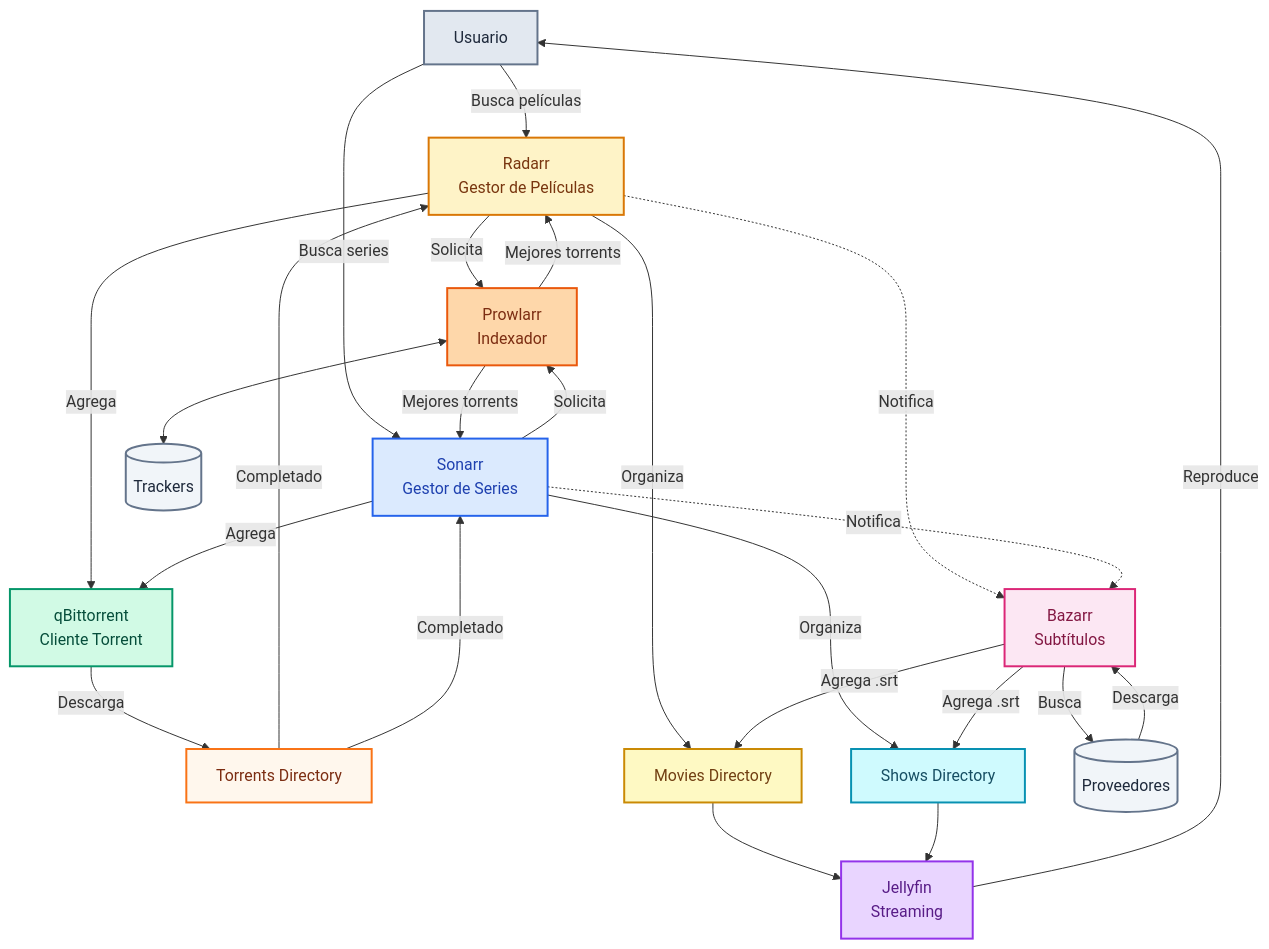
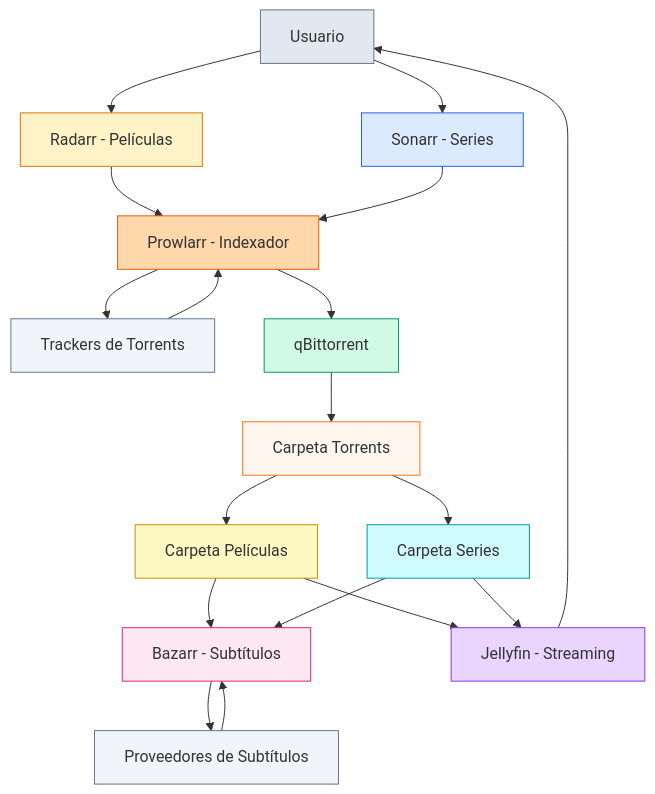
Before and after one commit to Rodrigo-Flores/HomeServer: the diagram in README.md, drawn with Mermaid.

Commit message:
docs(mermaid): :memo: Refactor flowchart in README.md for clarity and improved structure

````diff
--- a/README.md
+++ b/README.md
@@ -120,56 +120,42 @@
 ```mermaid
 graph TD
-    %% Usuario
-    User[Usuario]
+    User[Usuario] --> Radarr[Radarr - Películas]
+    User --> Sonarr[Sonarr - Series]
     
-    %% Capa de Gestión
-    User -->|Busca películas| Radarr[Radarr<br/>Gestor de Películas]
-    User -->|Busca series| Sonarr[Sonarr<br/>Gestor de Series]
+    Radarr --> Prowlarr[Prowlarr - Indexador]
+    Sonarr --> Prowlarr
     
-    %% Capa de Indexación
-    Radarr -->|Solicita| Prowlarr[Prowlarr<br/>Indexador]
-    Sonarr -->|Solicita| Prowlarr
-    Prowlarr <-->| | Trackers[(Trackers)]
+    Prowlarr --> Trackers[Trackers de Torrents]
+    Trackers --> Prowlarr
     
-    %% Capa de Descarga
-    Prowlarr -->|Mejores torrents| Radarr
-    Prowlarr -->|Mejores torrents| Sonarr
-    Radarr -->|Agrega| qBittorrent[qBittorrent<br/>Cliente Torrent]
-    Sonarr -->|Agrega| qBittorrent
+    Prowlarr --> qBittorrent[qBittorrent]
     
-    %% Almacenamiento
-    qBittorrent -->|Descarga| Torrents[Torrents Directory]
+    qBittorrent --> Torrents[Carpeta Torrents]
     
-    %% Organización
-    Torrents -->|Completado| Radarr
-    Torrents -->|Completado| Sonarr
-    Radarr -->|Organiza| Movies[Movies Directory]
-    Sonarr -->|Organiza| Shows[Shows Directory]
+    Torrents --> Movies[Carpeta Películas]
+    Torrents --> Shows[Carpeta Series]
     
-    %% Subtítulos
-    Radarr -.->|Notifica| Bazarr[Bazarr<br/>Subtítulos]
-    Sonarr -.->|Notifica| Bazarr
-    Bazarr -->|Busca| SubProviders[(Proveedores)]
-    SubProviders -->|Descarga| Bazarr
-    Bazarr -->|Agrega .srt| Movies
-    Bazarr -->|Agrega .srt| Shows
+    Movies --> Bazarr[Bazarr - Subtítulos]
+    Shows --> Bazarr
     
-    %% Reproducción
-    Movies --> Jellyfin[Jellyfin<br/>Streaming]
+    Bazarr --> SubProviders[Proveedores de Subtítulos]
+    SubProviders --> Bazarr
+    
+    Movies --> Jellyfin[Jellyfin - Streaming]
     Shows --> Jellyfin
-    Jellyfin -->|Reproduce| User
     
-    %% Estilos
-    style User fill:#e2e8f0,stroke:#64748b,stroke-width:2px,color:#1e293b
-    style Radarr fill:#fef3c7,stroke:#d97706,stroke-width:2px,color:#78350f
-    style Sonarr fill:#dbeafe,stroke:#2563eb,stroke-width:2px,color:#1e40af
-    style Prowlarr fill:#fed7aa,stroke:#ea580c,stroke-width:2px,color:#7c2d12
-    style qBittorrent fill:#d1fae5,stroke:#059669,stroke-width:2px,color:#064e3b
-    style Bazarr fill:#fce7f3,stroke:#db2777,stroke-width:2px,color:#831843
-    style Jellyfin fill:#e9d5ff,stroke:#9333ea,stroke-width:2px,color:#581c87
-    style Trackers fill:#f1f5f9,stroke:#64748b,stroke-width:2px,color:#1e293b
-    style SubProviders fill:#f1f5f9,stroke:#64748b,stroke-width:2px,color:#1e293b
-    style Torrents fill:#fff7ed,stroke:#f97316,stroke-width:2px,color:#7c2d12
-    style Movies fill:#fef9c3,stroke:#ca8a04,stroke-width:2px,color:#713f12
-    style Shows fill:#cffafe,stroke:#0891b2,stroke-width:2px,color:#164e63
+    Jellyfin --> User
+    
+    style User fill:#e2e8f0,stroke:#64748b
+    style Radarr fill:#fef3c7,stroke:#d97706
+    style Sonarr fill:#dbeafe,stroke:#2563eb
+    style Prowlarr fill:#fed7aa,stroke:#ea580c
+    style qBittorrent fill:#d1fae5,stroke:#059669
+    style Bazarr fill:#fce7f3,stroke:#db2777
+    style Jellyfin fill:#e9d5ff,stroke:#9333ea
+    style Trackers fill:#f1f5f9,stroke:#64748b
+    style SubProviders fill:#f1f5f9,stroke:#64748b
+    style Torrents fill:#fff7ed,stroke:#f97316
+    style Movies fill:#fef9c3,stroke:#ca8a04
+    style Shows fill:#cffafe,stroke:#0891b2
 ```
````
